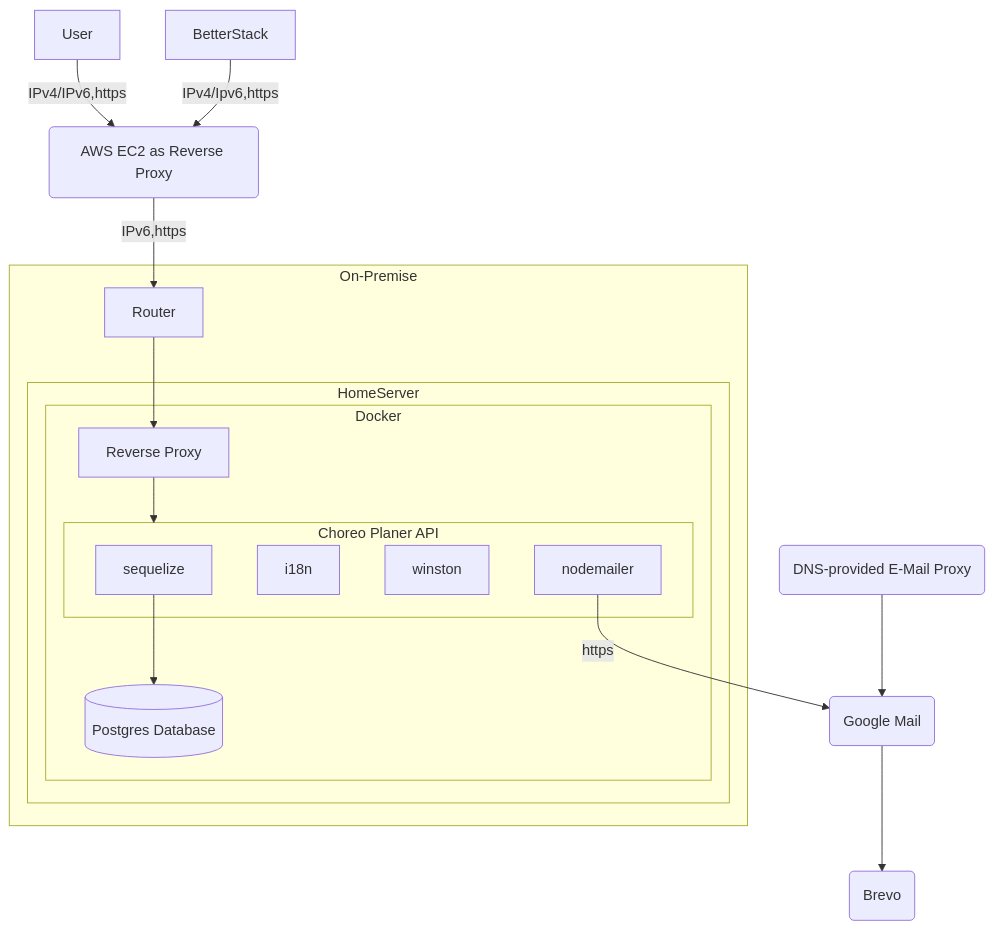
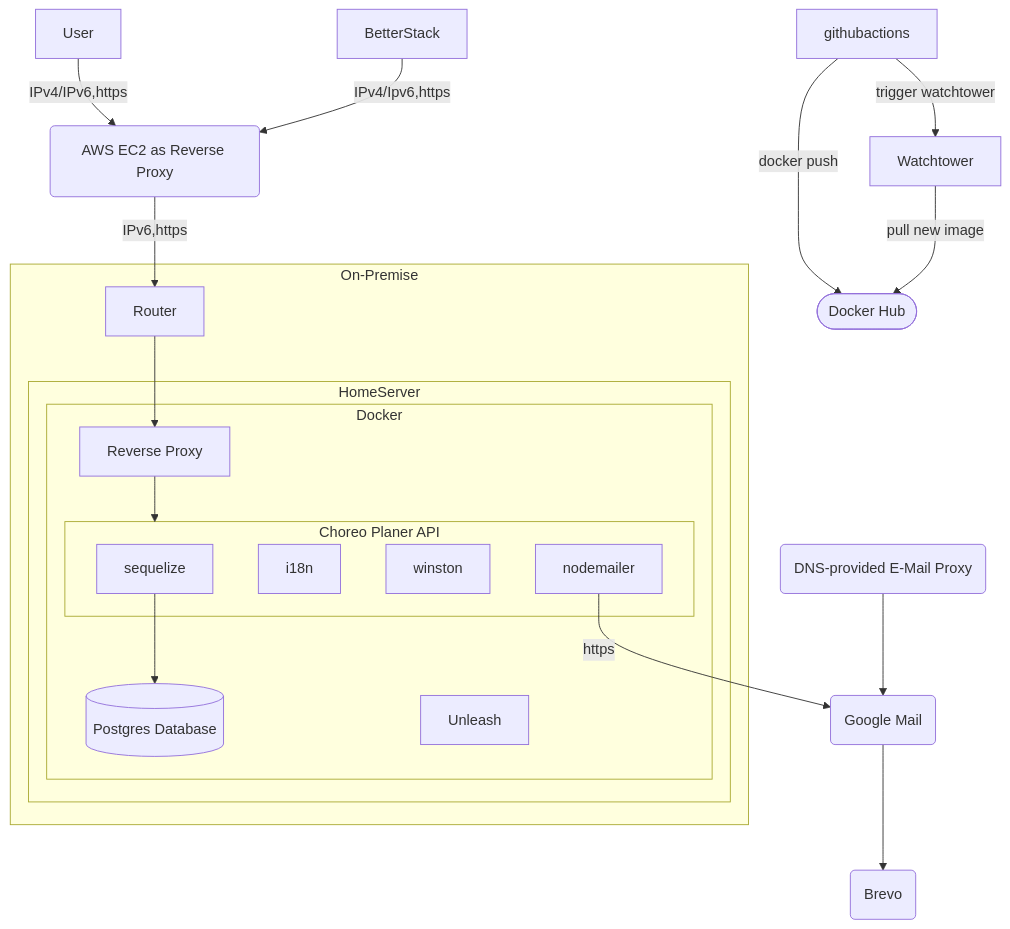
Before and after one commit to andreasnicklaus/cheer-choreo-tool: the diagram in server/README.md, drawn with Mermaid. The commit also changed other lines of this file and 2 other files, not shown here.

````diff
--- a/server/README.md
+++ b/server/README.md
@@ -69,29 +126,32 @@
-<pre class="mermaid">
-
+```mermaid
 graph
   User --IPv4/IPv6,https--> aws(AWS EC2 as Reverse Proxy)
   aws --IPv6,https--> Router
 
   BetterStack --IPv4/Ipv6,https--> aws
 
   subgraph On-Premise
     Router --> ReverseProxy
     subgraph HomeServer
       subgraph Docker
         ReverseProxy[Reverse Proxy] --> api
         sequelize --> db[(Postgres Database)]
+        Unleash
         subgraph api[Choreo Planer API]
           sequelize
           i18n
           winston
           nodemailer
         end
       end
     end
   end
 
   nodemailer --https--> GoogleMail(Google Mail)
   mailProxy(DNS-provided E-Mail Proxy) --> GoogleMail
   GoogleMail --> Brevo(Brevo)
 
-</pre>
+  githubactions --docker push--> dockerhub([Docker Hub])
+  githubactions --trigger watchtower--> Watchtower[Watchtower]
+  Watchtower --pull new image--> dockerhub
+```
````
